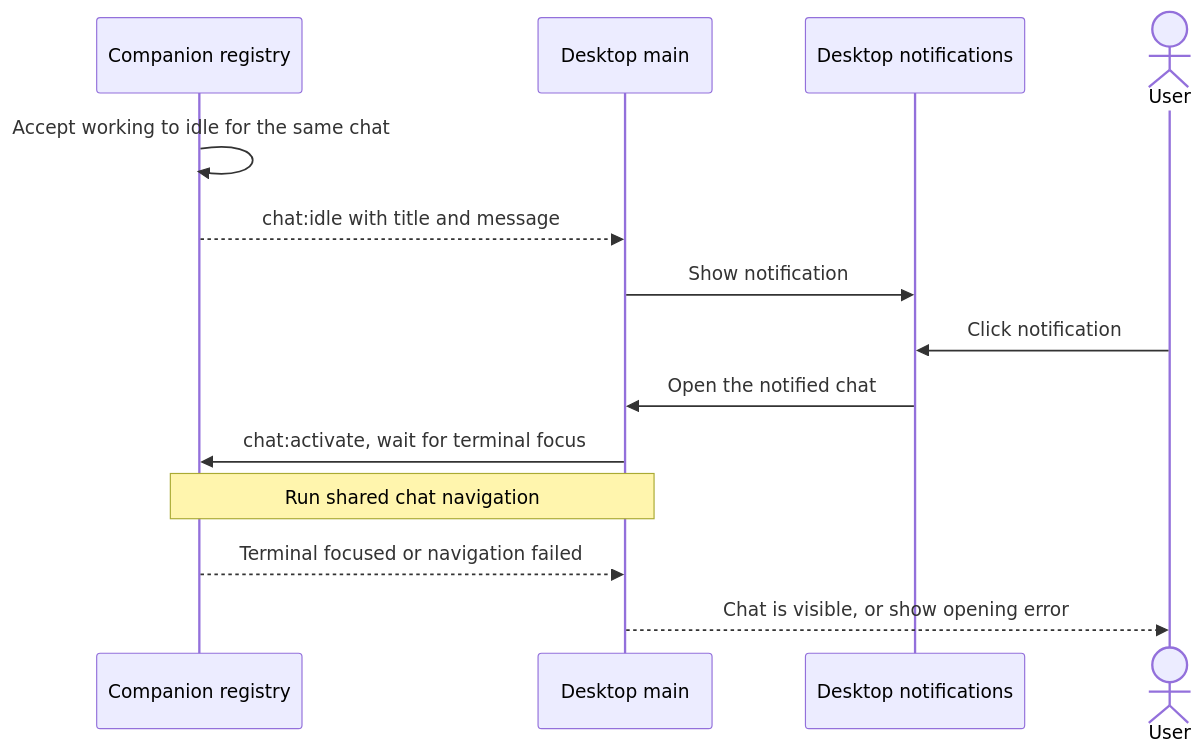
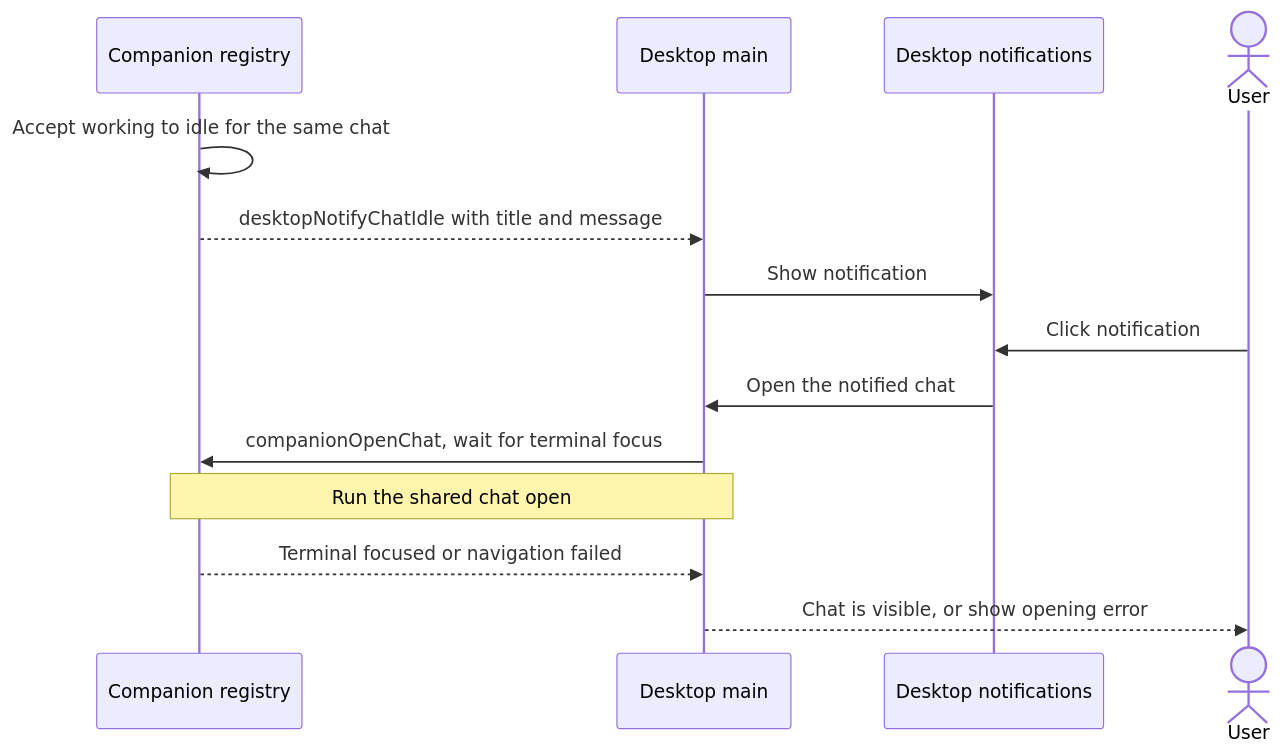
The sixth of 8 diagrams in workflows/desktop.md (takeshibaconsuzuki/ade-overlay), drawn with Mermaid before and after one commit. The commit also changed other lines of this file and 70 other files, not shown here.

````diff
--- a/workflows/desktop.md
+++ b/workflows/desktop.md
@@ -125,16 +128,16 @@
 ```mermaid
 sequenceDiagram
     participant Chats as Companion registry
     participant Main as Desktop main
     participant OS as Desktop notifications
     actor User
     Chats->>Chats: Accept working to idle for the same chat
-    Chats-->>Main: chat:idle with title and message
+    Chats-->>Main: desktopNotifyChatIdle with title and message
     Main->>OS: Show notification
     User->>OS: Click notification
     OS->>Main: Open the notified chat
-    Main->>Chats: chat:activate, wait for terminal focus
-    Note over Chats,Main: Run shared chat navigation
+    Main->>Chats: companionOpenChat, wait for terminal focus
+    Note over Chats,Main: Run the shared chat open
     Chats-->>Main: Terminal focused or navigation failed
     Main-->>User: Chat is visible, or show opening error
 ```
````
